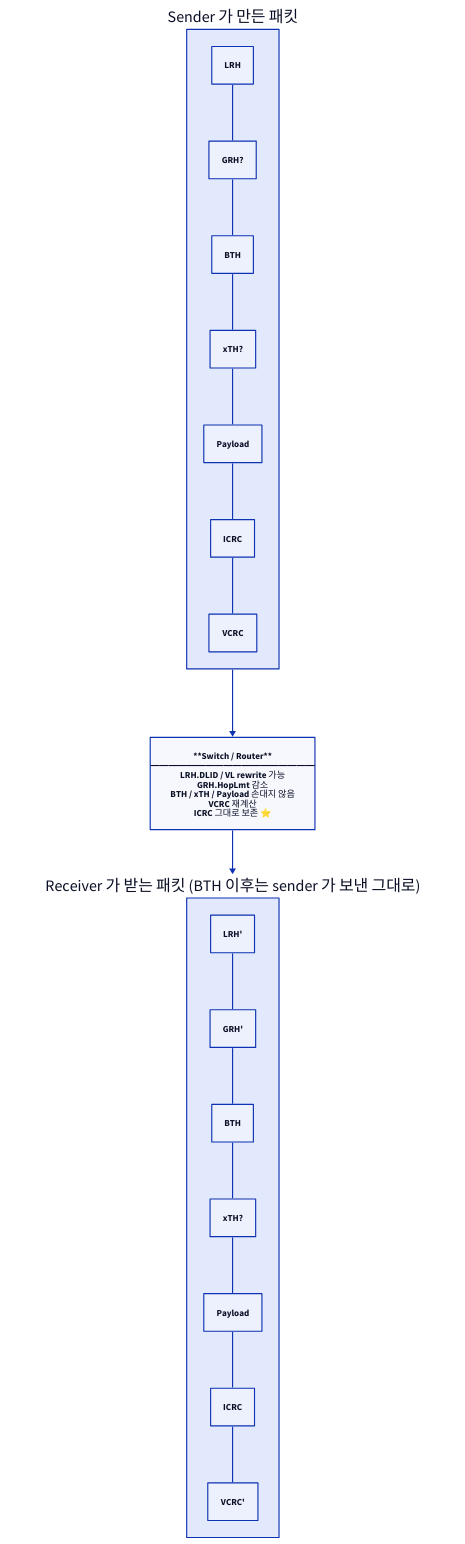
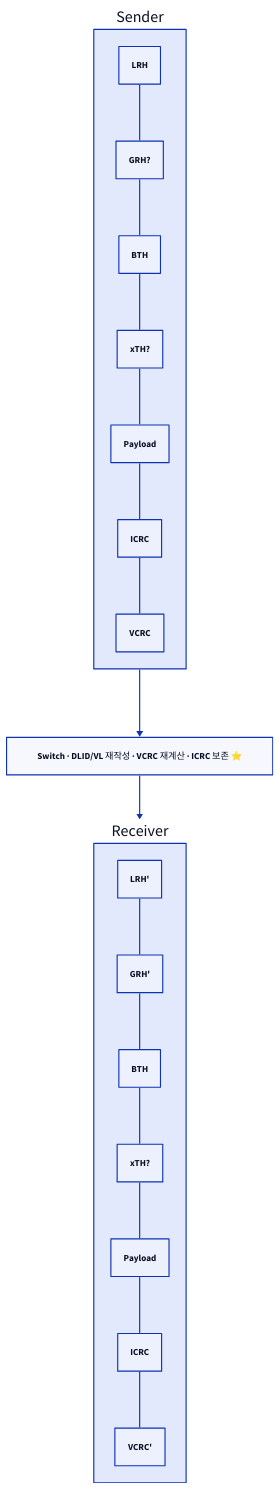
The first of 6 diagrams in topics/rdma/docs/02_ib_protocol_stack.md (humbleowl39/DV_SKOOL), drawn with D2 before and after one commit. The commit also changed other lines of this file and 90 other files, not shown here.

First line of the commit message:
docs: 전 토픽 다이어그램 정비 — ASCII→D2, mermaid→D2, 과대 D2 가시성 수정

````diff
--- a/topics/rdma/docs/02_ib_protocol_stack.md
+++ b/topics/rdma/docs/02_ib_protocol_stack.md
@@ -87,39 +87,29 @@
 ```d2
 direction: down
 
-SEND: "Sender 가 만든 패킷" {
+SEND: "Sender" {
   direction: right
-  S_LRH: "LRH"
+  S_LRH: LRH
   S_GRH: "GRH?"
-  S_BTH: "BTH"
+  S_BTH: BTH
   S_XTH: "xTH?"
-  S_PAY: "Payload"
-  S_ICRC: "ICRC"
-  S_VCRC: "VCRC"
-  S_LRH -- S_GRH
-  S_GRH -- S_BTH
-  S_BTH -- S_XTH
-  S_XTH -- S_PAY
-  S_PAY -- S_ICRC
-  S_ICRC -- S_VCRC
+  S_PAY: Payload
+  S_ICRC: ICRC
+  S_VCRC: VCRC
+  S_LRH -- S_GRH -- S_BTH -- S_XTH -- S_PAY -- S_ICRC -- S_VCRC
 }
-SW: "**Switch / Router**\n━━━━━━━━━━━━━━━━━━\nLRH.DLID / VL rewrite 가능\nGRH.HopLmt 감소\nBTH / xTH / Payload 손대지 않음\nVCRC 재계산\nICRC 그대로 보존 ⭐"
-RECV: "Receiver 가 받는 패킷 (BTH 이후는 sender 가 보낸 그대로)" {
+SW: "Switch · DLID/VL 재작성 · VCRC 재계산 · ICRC 보존 ⭐"
+RECV: "Receiver" {
   direction: right
   R_LRH: "LRH'"
   R_GRH: "GRH'"
-  R_BTH: "BTH"
+  R_BTH: BTH
   R_XTH: "xTH?"
-  R_PAY: "Payload"
-  R_ICRC: "ICRC"
+  R_PAY: Payload
+  R_ICRC: ICRC
   R_VCRC: "VCRC'"
-  R_LRH -- R_GRH
-  R_GRH -- R_BTH
-  R_BTH -- R_XTH
-  R_XTH -- R_PAY
-  R_PAY -- R_ICRC
-  R_ICRC -- R_VCRC
+  R_LRH -- R_GRH -- R_BTH -- R_XTH -- R_PAY -- R_ICRC -- R_VCRC
 }
 SEND -> SW
 SW -> RECV
 ```
````
